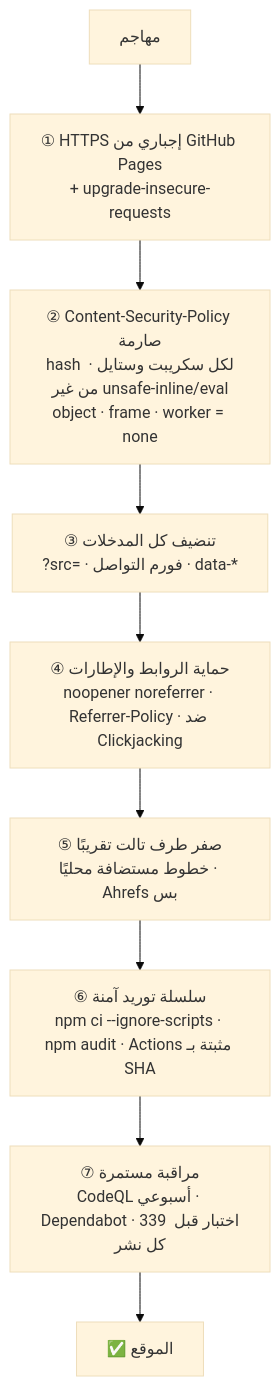
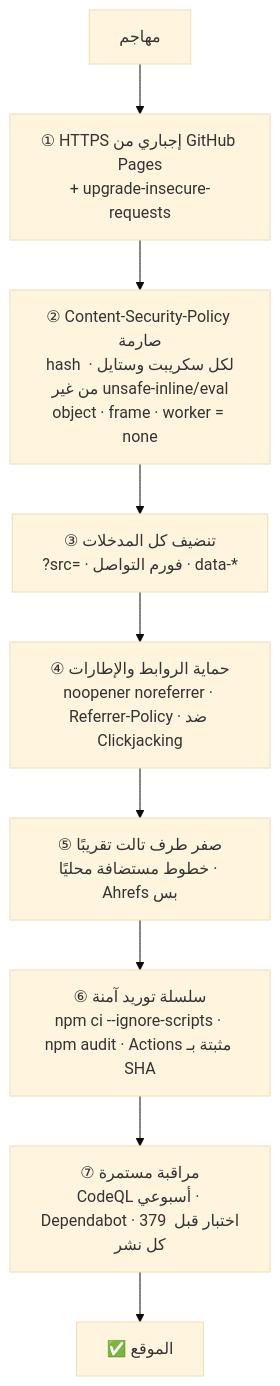
One commit to atad-tech/atad-tech.github.io changed the second of 2 diagrams in docs/SECURITY-MODEL.md. Above: the diagram before and after it, drawn with Mermaid (base theme). The commit also changed 5 other files, not shown here.

````diff
--- a/docs/SECURITY-MODEL.md
+++ b/docs/SECURITY-MODEL.md
@@ -38,11 +38,11 @@
 ```mermaid
 flowchart TD
     A["مهاجم"] --> L1
     L1["① HTTPS إجباري من GitHub Pages<br/>+ upgrade-insecure-requests"] --> L2
     L2["② Content-Security-Policy صارمة<br/>hash لكل سكريبت وستايل · من غير unsafe-inline/eval<br/>object · frame · worker = none"] --> L3
     L3["③ تنضيف كل المدخلات<br/>?src= · فورم التواصل · data-*"] --> L4
     L4["④ حماية الروابط والإطارات<br/>noopener noreferrer · Referrer-Policy · ضد Clickjacking"] --> L5
     L5["⑤ صفر طرف تالت تقريبًا<br/>خطوط مستضافة محليًا · Ahrefs بس"] --> L6
     L6["⑥ سلسلة توريد آمنة<br/>npm ci --ignore-scripts · npm audit · Actions مثبتة بـ SHA"] --> L7
-    L7["⑦ مراقبة مستمرة<br/>CodeQL أسبوعي · Dependabot · 339 اختبار قبل كل نشر"] --> OK["✅ الموقع"]
+    L7["⑦ مراقبة مستمرة<br/>CodeQL أسبوعي · Dependabot · 379 اختبار قبل كل نشر"] --> OK["✅ الموقع"]
 ```
````
